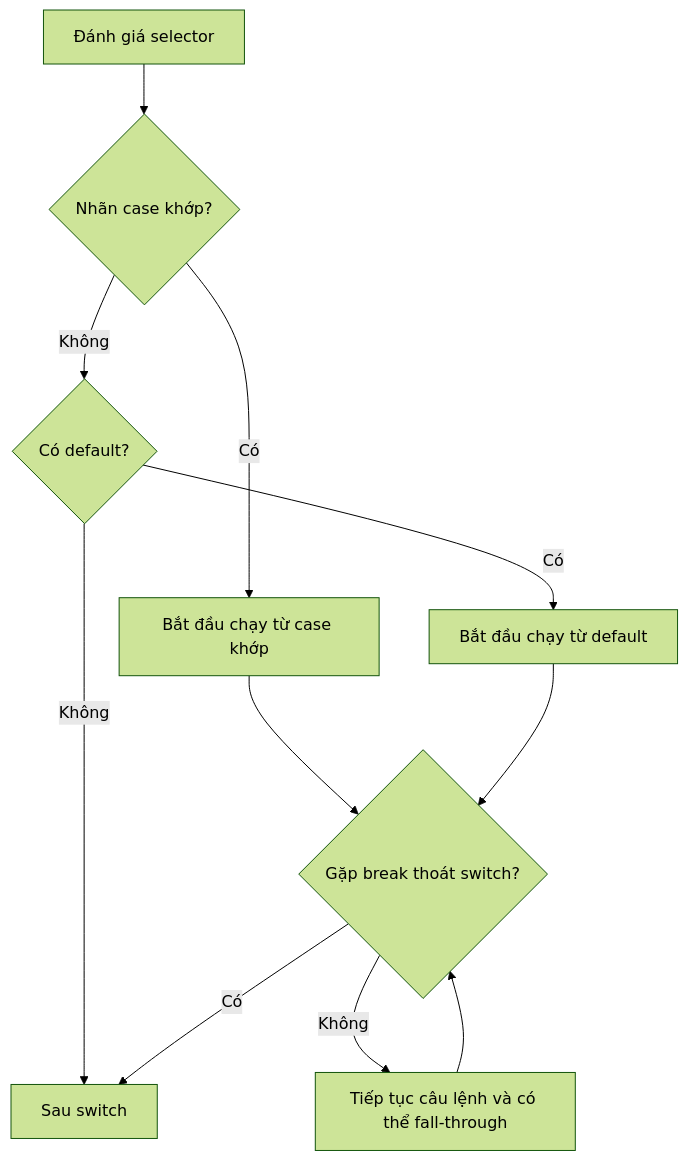
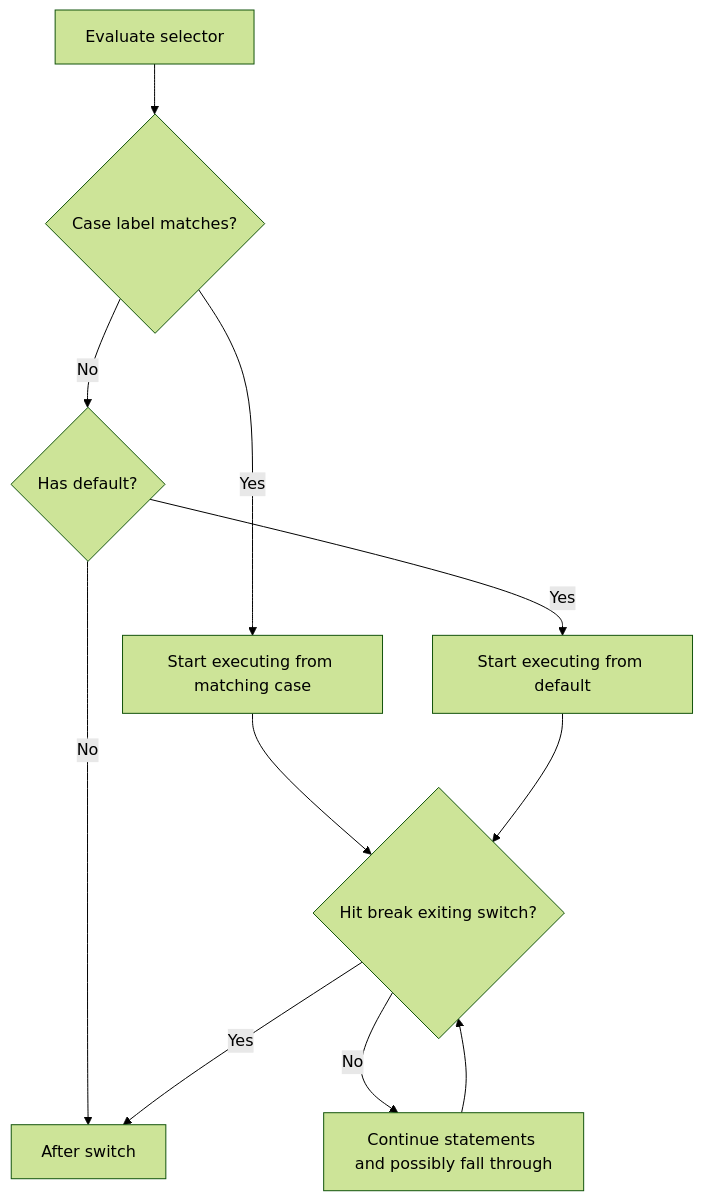
The diagram in module/platform/development/programming/language/java/core/language-basics/content/knowledge/en/20.switch-statements/switch-statements-004.md (phuongnguyenit93/learning-platform-data), drawn with Mermaid (forest theme) before and after one commit. The commit also changed other lines of this file and 2307 other files, not shown here.

```diff
--- a/module/platform/development/programming/language/java/core/language-basics/content/knowledge/en/20.switch-statements/switch-statements-004.md
+++ b/module/platform/development/programming/language/java/core/language-basics/content/knowledge/en/20.switch-statements/switch-statements-004.md
@@ -35,13 +35,13 @@
 ~~~mermaid
 flowchart TD
-    A["Đánh giá selector"] --> B{"Nhãn case khớp?"}
-    B -- "Có" --> C["Bắt đầu chạy từ case khớp"]
-    B -- "Không" --> D{"Có default?"}
-    D -- "Không" --> H["Sau switch"]
-    D -- "Có" --> E["Bắt đầu chạy từ default"]
-    C --> F{"Gặp break thoát switch?"}
+    A["Evaluate selector"] --> B{"Case label matches?"}
+    B -- "Yes" --> C["Start executing from matching case"]
+    B -- "No" --> D{"Has default?"}
+    D -- "No" --> H["After switch"]
+    D -- "Yes" --> E["Start executing from default"]
+    C --> F{"Hit break exiting switch?"}
     E --> F
-    F -- "Có" --> H
-    F -- "Không" --> G["Tiếp tục câu lệnh và có thể fall-through"]
+    F -- "Yes" --> H
+    F -- "No" --> G["Continue statements and possibly fall through"]
     G --> F
 ~~~
```
